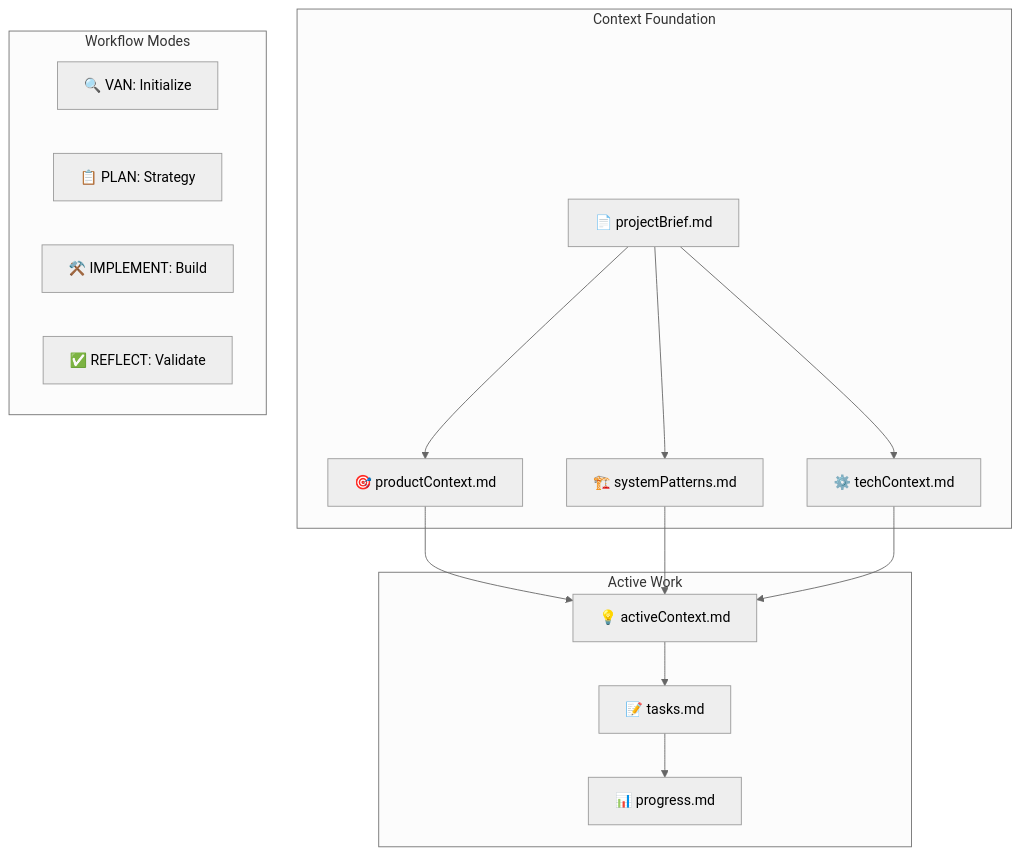
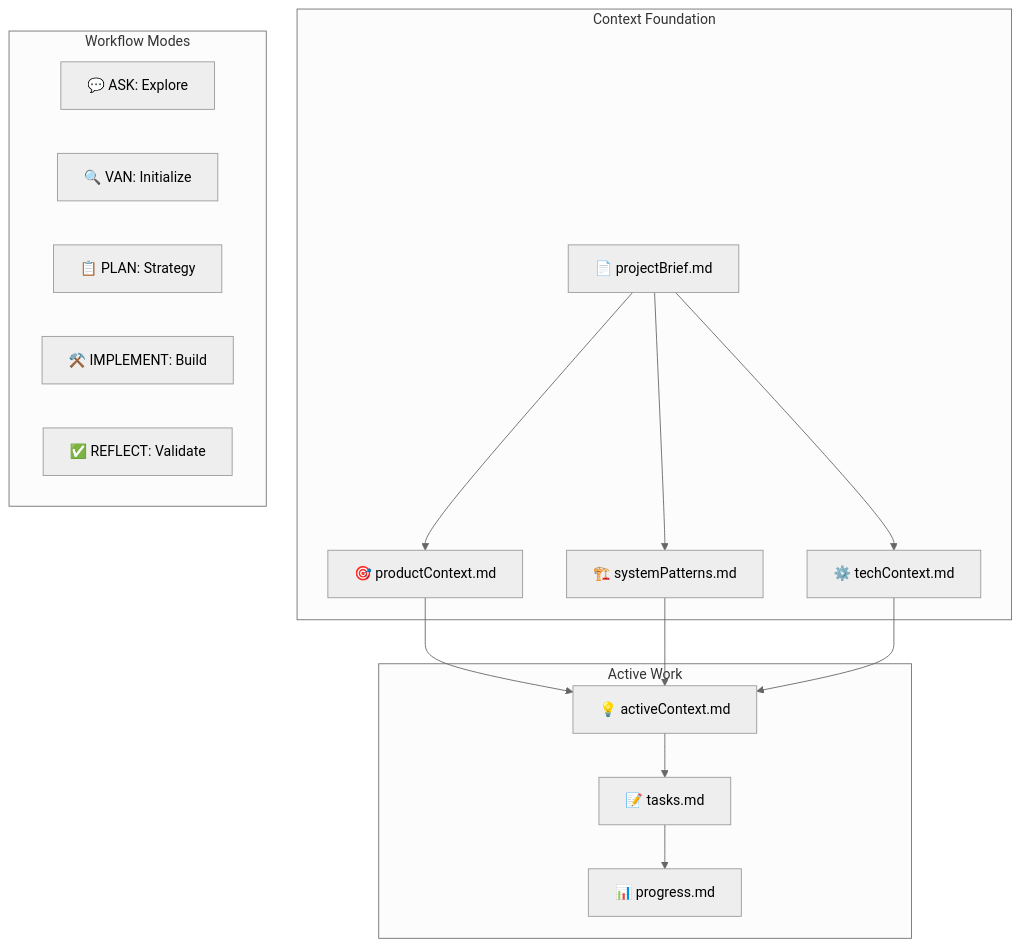
Before and after one commit to doublefx/claude-memory-bank: the first of 2 diagrams in CLAUDE.md, drawn with Mermaid (neutral theme). The commit also changed other lines of this file and 20 other files, not shown here.

````diff
--- a/CLAUDE.md
+++ b/CLAUDE.md
@@ -20,23 +20,24 @@
 ```mermaid
 flowchart TD
     subgraph "Context Foundation"
         PB[📄 projectBrief.md] --> PC[🎯 productContext.md]
         PB --> SP[🏗️ systemPatterns.md]
         PB --> TC[⚙️ techContext.md]
     end
     
     subgraph "Workflow Modes"
+        ASK[💬 ASK: Explore]
         VAN[🔍 VAN: Initialize]
         PLAN[📋 PLAN: Strategy]
         IMPLEMENT[⚒️ IMPLEMENT: Build]
         REFLECT[✅ REFLECT: Validate]
     end
     
     subgraph "Active Work"
         PC --> AC[💡 activeContext.md]
         SP --> AC
         TC --> AC
         AC --> TM[📝 tasks.md]
         TM --> PR[📊 progress.md]
     end
 ```
````
